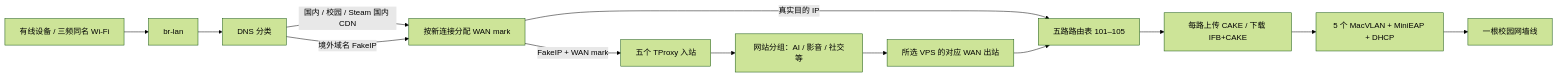
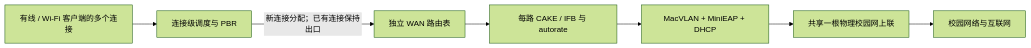
The diagram in README.md (ZyPulse-zy/sysu-bandwidth-aggregation), drawn with Mermaid (forest theme) before and after one commit. The commit also changed other lines of this file and 4 other files, not shown here.

````diff
--- a/README.md
+++ b/README.md
@@ -25,15 +35,9 @@
 ```mermaid
 flowchart LR
-  C[有线设备 / 三频同名 Wi-Fi] --> L[br-lan]
-  L --> D[DNS 分类]
-  D -->|国内 / 校园 / Steam 国内 CDN| P[按新连接分配 WAN mark]
-  D -->|境外域名 FakeIP| P
-  P -->|真实目的 IP| W[五路路由表 101–105]
-  P -->|FakeIP + WAN mark| T[五个 TProxy 入站]
-  T --> S[网站分组：AI / 影音 / 社交等]
-  S --> V[所选 VPS 的对应 WAN 出站]
-  V --> W
-  W --> Q[每路上传 CAKE / 下载 IFB+CAKE]
-  Q --> M[5 个 MacVLAN + MiniEAP + DHCP]
-  M --> E[一根校园网墙线]
+  C[有线 / Wi-Fi 客户端的多个连接] --> P[连接级调度与 PBR]
+  P -->|新连接分配；已有连接保持出口| W[独立 WAN 路由表]
+  W --> Q[每路 CAKE / IFB 与 autorate]
+  Q --> M[MacVLAN + MiniEAP + DHCP]
+  M --> E[共享一根物理校园网上联]
+  E --> I[校园网络与互联网]
 ```
````
